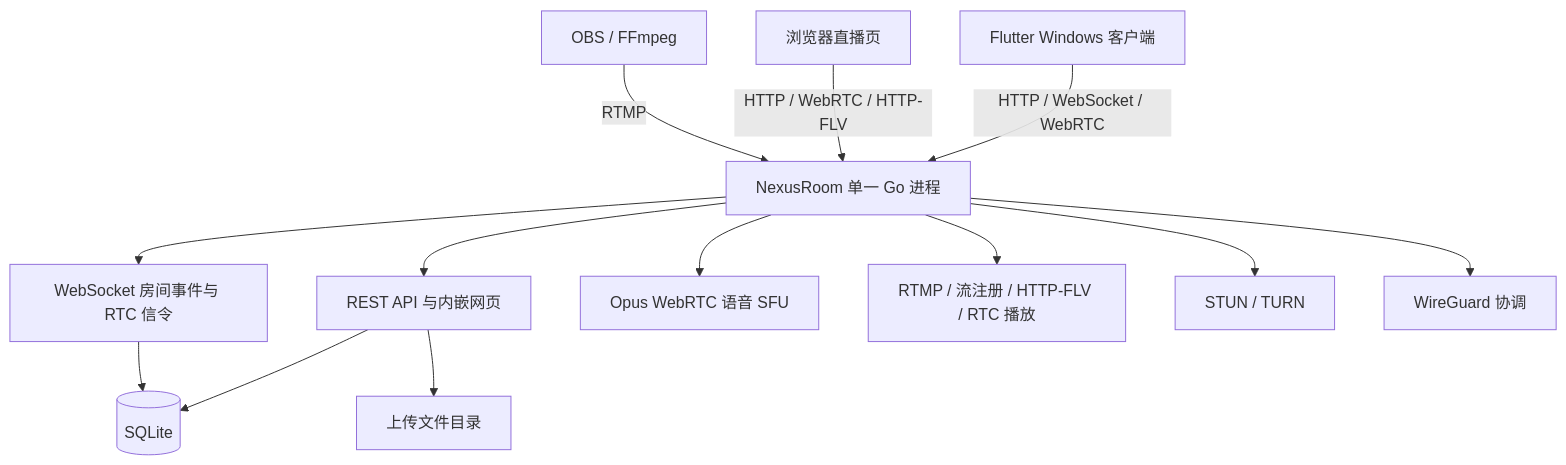
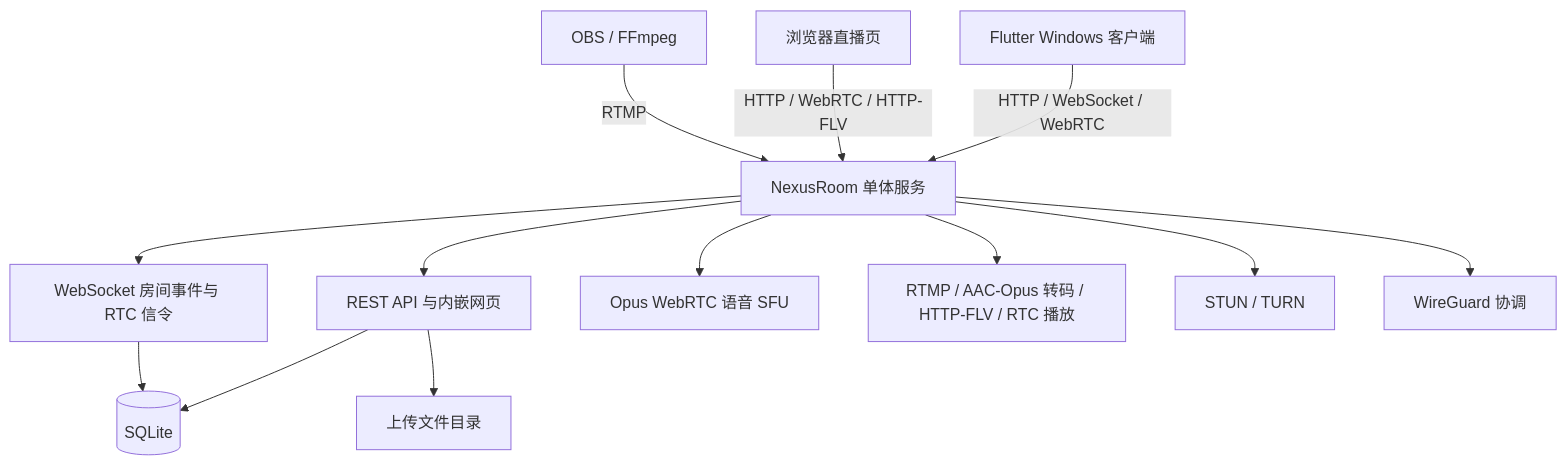
The first of 3 diagrams in docs/NexusRoom.md (StarDream2736/Nexusroom), drawn with Mermaid before and after one commit. The commit also changed other lines of this file and 39 other files, not shown here.

````diff
--- a/docs/NexusRoom.md
+++ b/docs/NexusRoom.md
@@ -57,28 +57,28 @@
 ```mermaid
 flowchart TB
     Desktop["Flutter Windows 客户端"]
     Browser["浏览器直播页"]
     Publisher["OBS / FFmpeg"]
-    Server["NexusRoom 单一 Go 进程"]
+    Server["NexusRoom 单体服务"]
     API["REST API 与内嵌网页"]
     WS["WebSocket 房间事件与 RTC 信令"]
     Voice["Opus WebRTC 语音 SFU"]
-    Live["RTMP / 流注册 / HTTP-FLV / RTC 播放"]
+    Live["RTMP / AAC-Opus 转码 / HTTP-FLV / RTC 播放"]
     Turn["STUN / TURN"]
     WG["WireGuard 协调"]
     DB[("SQLite")]
     Files["上传文件目录"]
 
     Desktop -->|HTTP / WebSocket / WebRTC| Server
     Browser -->|HTTP / WebRTC / HTTP-FLV| Server
     Publisher -->|RTMP| Server
     Server --> API
     Server --> WS
     Server --> Voice
     Server --> Live
     Server --> Turn
     Server --> WG
     API --> DB
     WS --> DB
     API --> Files
 ```
````
